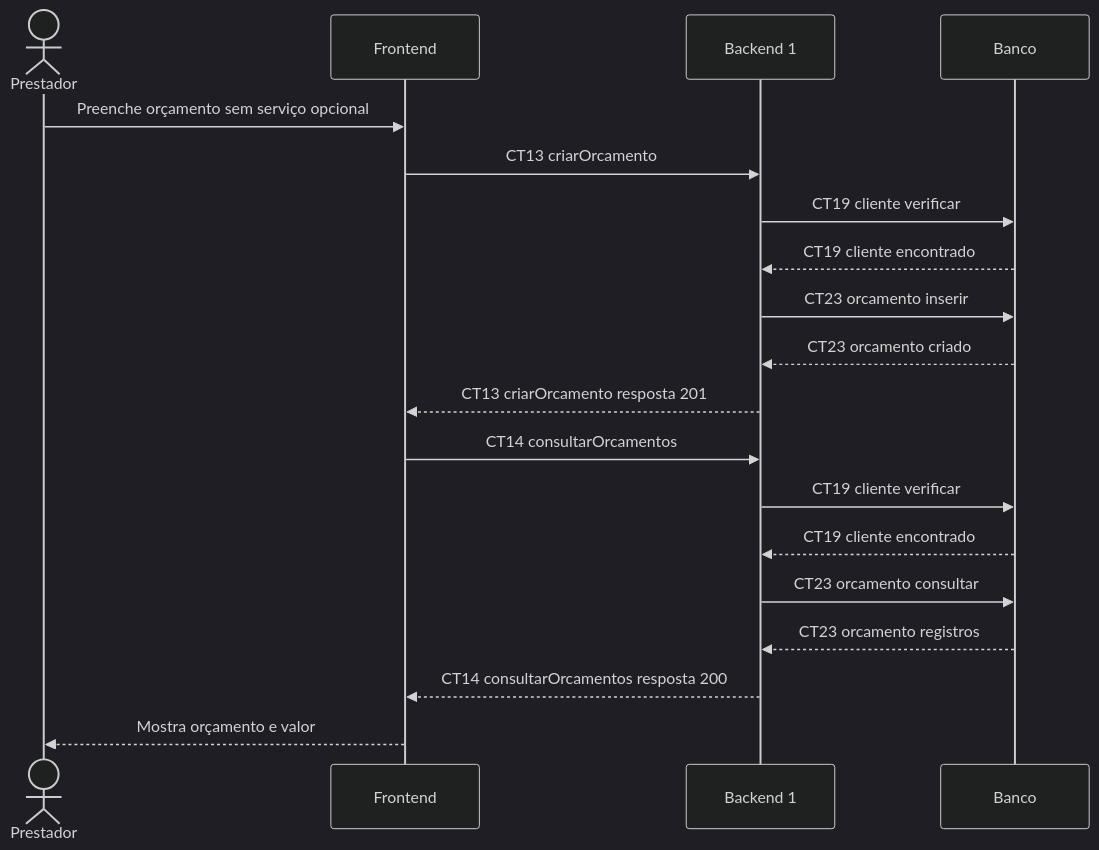
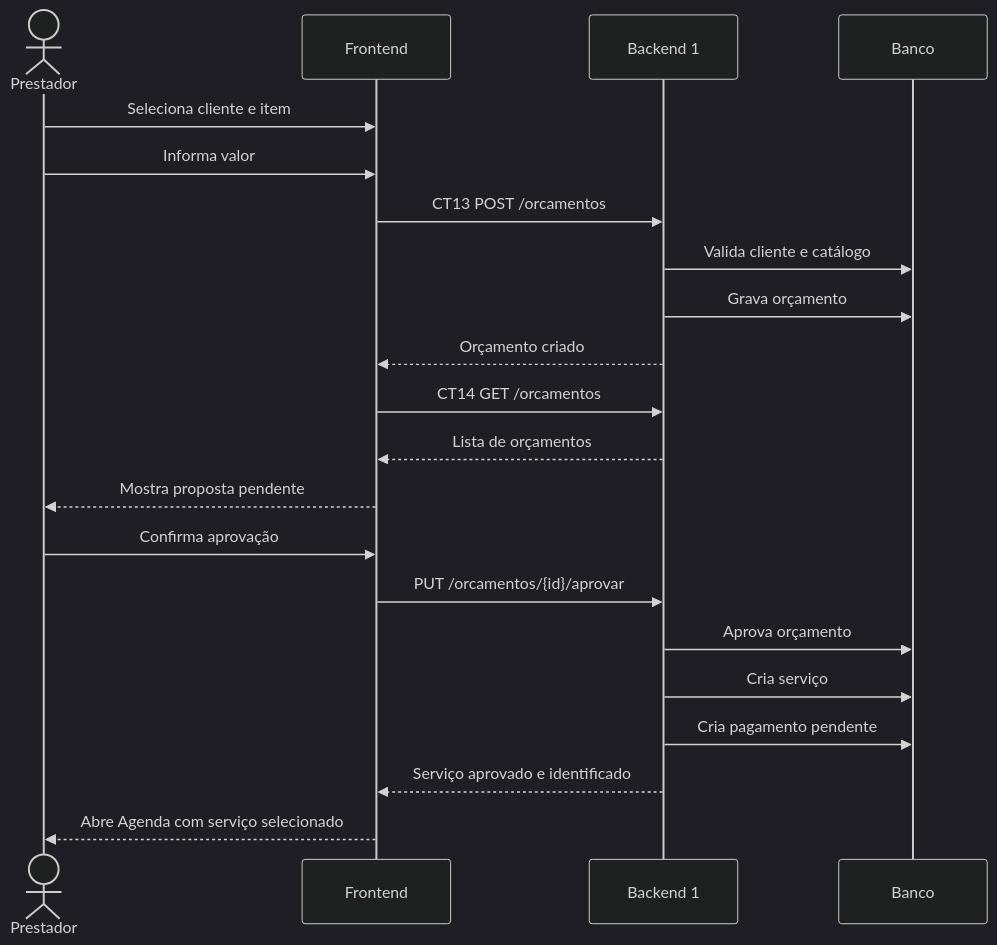
Before and after one commit to vnsete/pi4-0102-g3-frontend: the diagram in pi4-0102-g3-frontend/docs/fluxos/E8.md, drawn with Mermaid (dark theme). The commit also changed other lines of this file, not shown here.

````diff
--- a/pi4-0102-g3-frontend/docs/fluxos/E8.md
+++ b/pi4-0102-g3-frontend/docs/fluxos/E8.md
@@ -19,21 +25,24 @@
 ```mermaid
 sequenceDiagram
     actor P as Prestador
     participant F as Frontend
     participant B1 as Backend 1
     participant DB as Banco
-    P->>F: Preenche orçamento sem serviço opcional
-    F->>B1: CT13 criarOrcamento
-    B1->>DB: CT19 cliente verificar
-    DB-->>B1: CT19 cliente encontrado
-    B1->>DB: CT23 orcamento inserir
-    DB-->>B1: CT23 orcamento criado
-    B1-->>F: CT13 criarOrcamento resposta 201
-    F->>B1: CT14 consultarOrcamentos
-    B1->>DB: CT19 cliente verificar
-    DB-->>B1: CT19 cliente encontrado
-    B1->>DB: CT23 orcamento consultar
-    DB-->>B1: CT23 orcamento registros
-    B1-->>F: CT14 consultarOrcamentos resposta 200
-    F-->>P: Mostra orçamento e valor
+
+    P->>F: Seleciona cliente e item
+    P->>F: Informa valor
+    F->>B1: CT13 POST /orcamentos
+    B1->>DB: Valida cliente e catálogo
+    B1->>DB: Grava orçamento
+    B1-->>F: Orçamento criado
+    F->>B1: CT14 GET /orcamentos
+    B1-->>F: Lista de orçamentos
+    F-->>P: Mostra proposta pendente
+    P->>F: Confirma aprovação
+    F->>B1: PUT /orcamentos/{id}/aprovar
+    B1->>DB: Aprova orçamento
+    B1->>DB: Cria serviço
+    B1->>DB: Cria pagamento pendente
+    B1-->>F: Serviço aprovado e identificado
+    F-->>P: Abre Agenda com serviço selecionado
 ```
````
